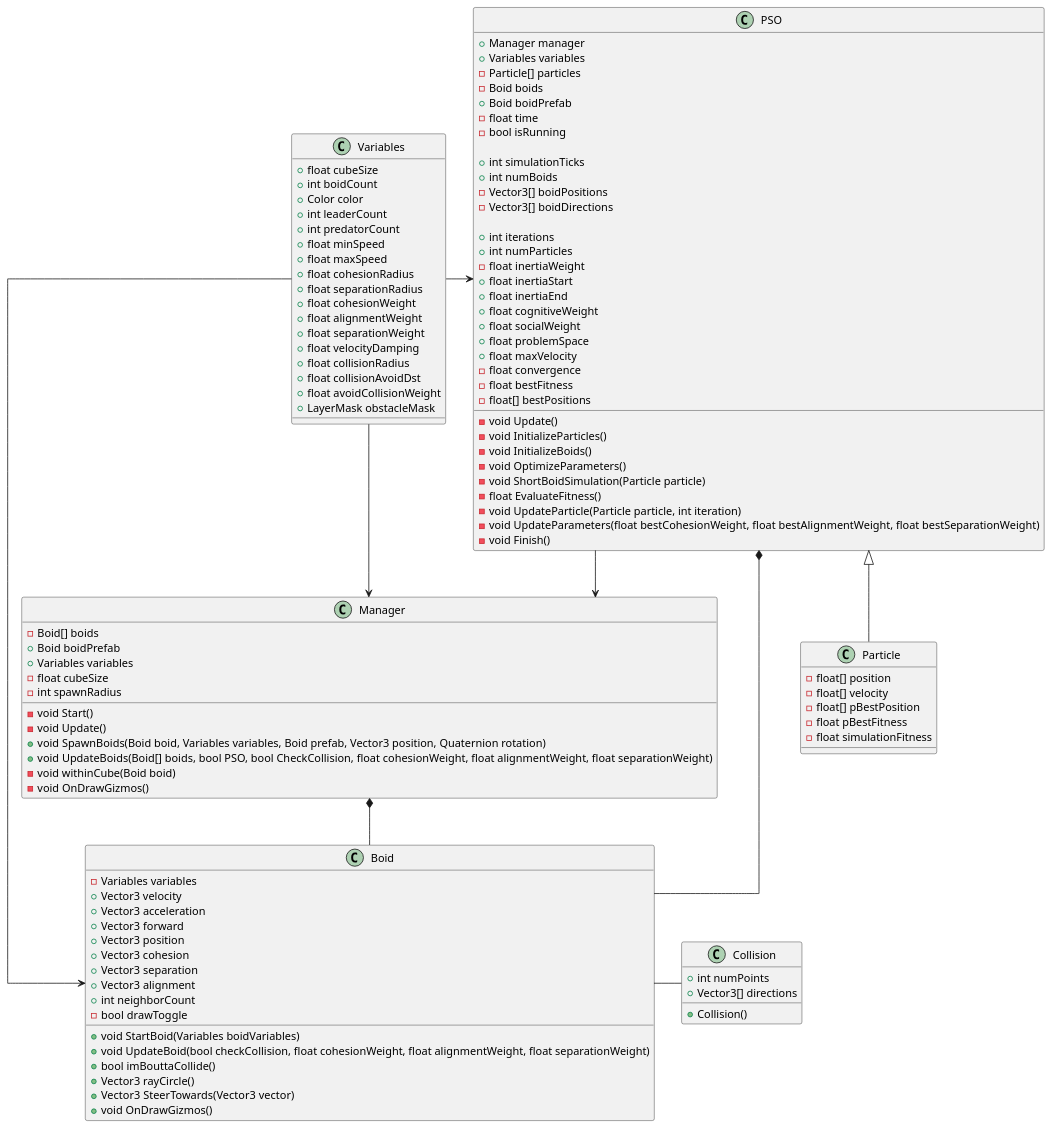
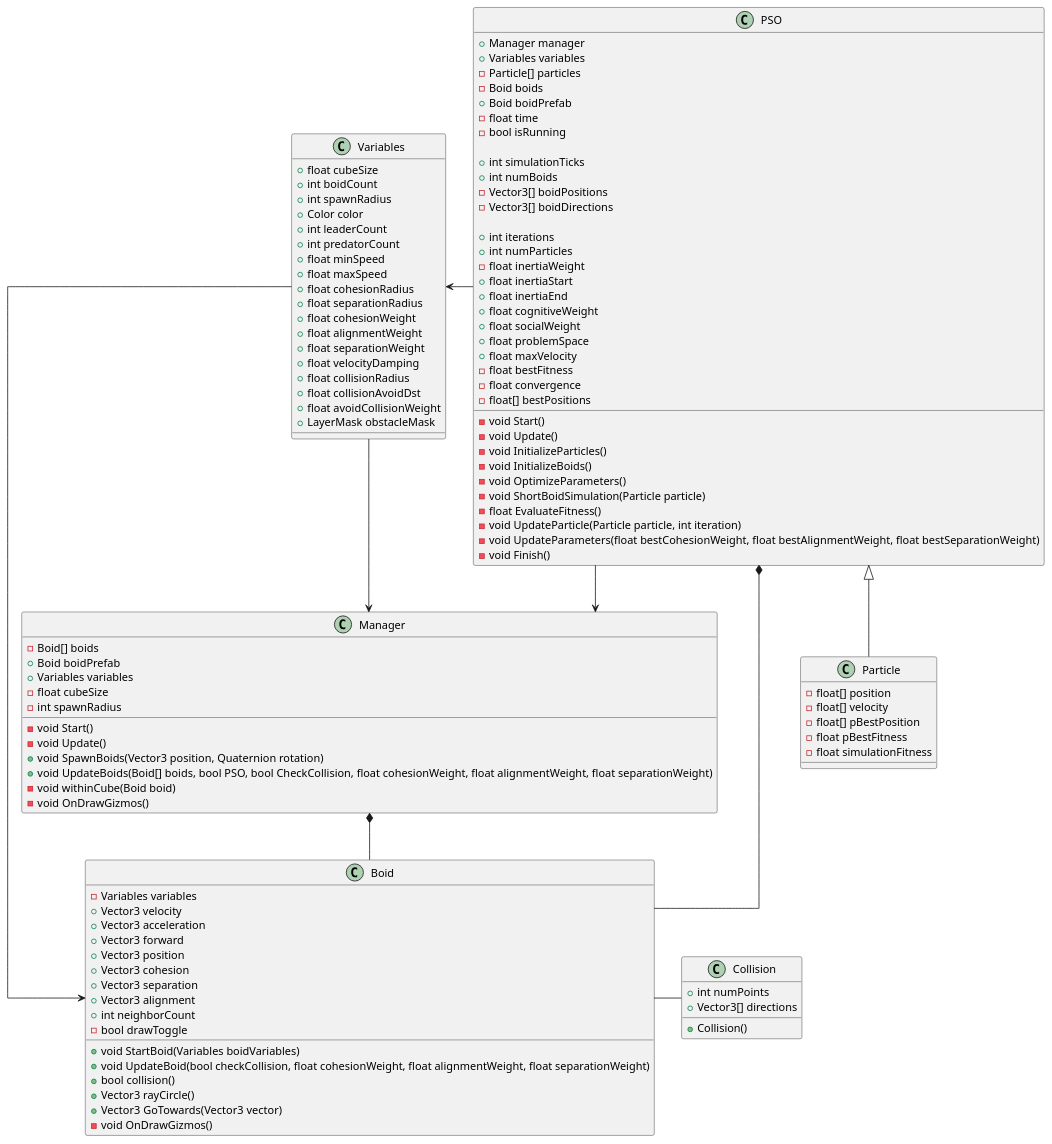
The diagram in Assets/Scripts/PUML.puml (Hamsterbil/Swarm-Intelligence), drawn with PlantUML before and after one commit. The commit also changed 9 other files, not shown here.

```diff
--- a/Assets/Scripts/PUML.puml
+++ b/Assets/Scripts/PUML.puml
@@ -1,124 +1,126 @@
 @startuml
 
 class Variables {
   + float cubeSize
   + int boidCount
+  + int spawnRadius
   + Color color
   + int leaderCount
   + int predatorCount
   + float minSpeed
   + float maxSpeed
   + float cohesionRadius
   + float separationRadius
   + float cohesionWeight
   + float alignmentWeight
   + float separationWeight
   + float velocityDamping
   + float collisionRadius
   + float collisionAvoidDst
   + float avoidCollisionWeight
   + LayerMask obstacleMask
 }
 
 class Boid {
   - Variables variables
   + Vector3 velocity
   + Vector3 acceleration
   + Vector3 forward
   + Vector3 position
   + Vector3 cohesion
   + Vector3 separation
   + Vector3 alignment
   + int neighborCount
   - bool drawToggle
 
   + void StartBoid(Variables boidVariables)
   + void UpdateBoid(bool checkCollision, float cohesionWeight, float alignmentWeight, float separationWeight)
-  + bool imBouttaCollide()
+  + bool collision()
   + Vector3 rayCircle()
-  + Vector3 SteerTowards(Vector3 vector)
-  + void OnDrawGizmos()
+  + Vector3 GoTowards(Vector3 vector)
+  - void OnDrawGizmos()
 }
 
 class Manager {
   - Boid[] boids
   + Boid boidPrefab
   + Variables variables
   - float cubeSize
   - int spawnRadius
 
   - void Start()
   - void Update()
-  + void SpawnBoids(Boid boid, Variables variables, Boid prefab, Vector3 position, Quaternion rotation)
+  + void SpawnBoids(Vector3 position, Quaternion rotation)
   + void UpdateBoids(Boid[] boids, bool PSO, bool CheckCollision, float cohesionWeight, float alignmentWeight, float separationWeight)
   - void withinCube(Boid boid)
   - void OnDrawGizmos()
 }
 
 class PSO {
   + Manager manager
   + Variables variables
   - Particle[] particles
   - Boid boids
   + Boid boidPrefab
   - float time
   - bool isRunning
 
   + int simulationTicks
   + int numBoids
   - Vector3[] boidPositions
   - Vector3[] boidDirections
 
   + int iterations
   + int numParticles
   - float inertiaWeight
   + float inertiaStart
   + float inertiaEnd
   + float cognitiveWeight
   + float socialWeight
   + float problemSpace
   + float maxVelocity  
+  - float bestFitness
   - float convergence
-  - float bestFitness
   - float[] bestPositions
 
+  - void Start()
   - void Update()
   - void InitializeParticles()
   - void InitializeBoids()
   - void OptimizeParameters()
   - void ShortBoidSimulation(Particle particle)
   - float EvaluateFitness()
   - void UpdateParticle(Particle particle, int iteration)
   - void UpdateParameters(float bestCohesionWeight, float bestAlignmentWeight, float bestSeparationWeight)
   - void Finish()
 }
 
 class Particle {
   - float[] position
   - float[] velocity
   - float[] pBestPosition
   - float pBestFitness
   - float simulationFitness
 }
 
 class Collision {
   + int numPoints
   + Vector3[] directions
   + Collision()
 }
 
 skinparam linetype polyline
 skinparam linetype ortho
 
 PSO --> Manager
 PSO <|-- Particle
 
 PSO *-- Boid
 Manager *-- Boid
 
 Variables -> Boid
 Variables -> Manager
-Variables -right-> PSO
+Variables <-right- PSO
 
 Boid -right- Collision
 @enduml
```
